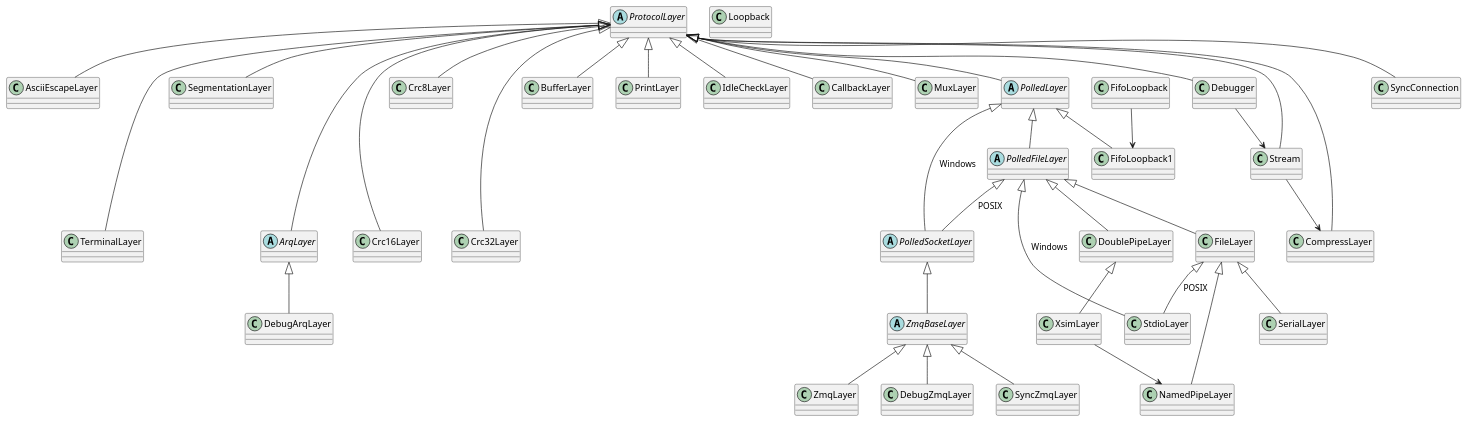
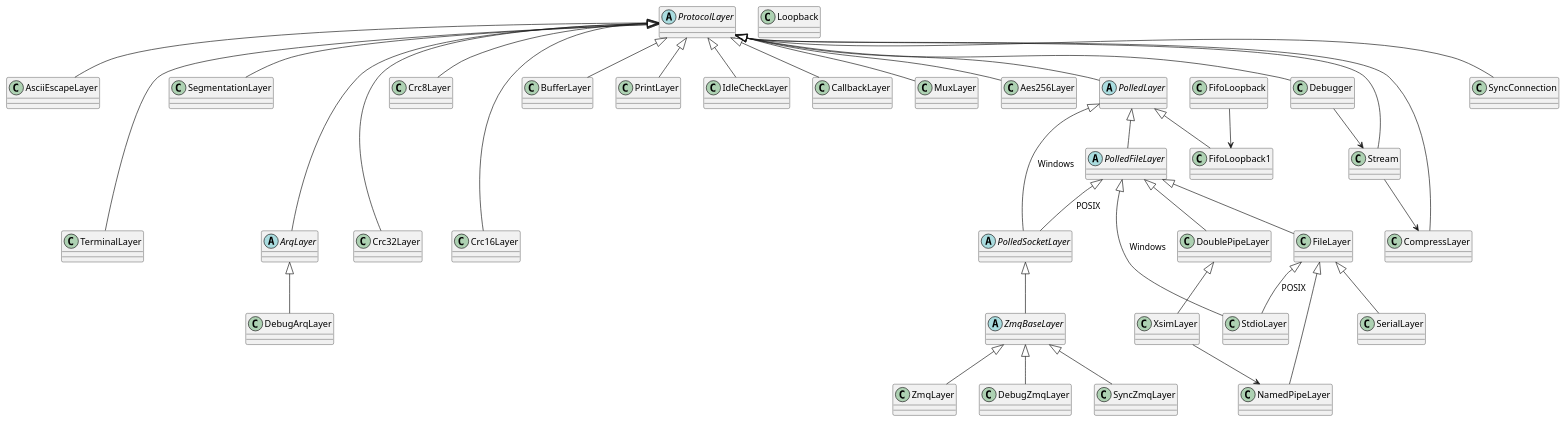
One commit to DEMCON/libstored changed the diagram in sphinx/doc/cpp_protocol.rst. Above: the diagram before and after it, drawn with PlantUML. The commit also changed other lines of this file and 17 other files, not shown here.

```diff
--- a/sphinx/doc/cpp_protocol.rst
+++ b/sphinx/doc/cpp_protocol.rst
@@ -80,55 +80,56 @@
 .. uml::
 
    abstract ProtocolLayer
    ProtocolLayer <|-- AsciiEscapeLayer
    ProtocolLayer <|-- TerminalLayer
    AsciiEscapeLayer -[hidden]--> TerminalLayer
    ProtocolLayer <|-- SegmentationLayer
    ProtocolLayer <|-- Crc8Layer
    ProtocolLayer <|-- Crc16Layer
    ProtocolLayer <|-- Crc32Layer
    Crc8Layer -[hidden]--> Crc16Layer
    Crc8Layer -[hidden]--> Crc32Layer
    ProtocolLayer <|-- BufferLayer
    ProtocolLayer <|-- PrintLayer
    ProtocolLayer <|-- IdleCheckLayer
    ProtocolLayer <|-- CallbackLayer
    ProtocolLayer <|-- MuxLayer
+   ProtocolLayer <|-- Aes256Layer
 
    abstract ArqLayer
    SegmentationLayer -[hidden]--> ArqLayer
    ProtocolLayer <|-- ArqLayer
    ArqLayer <|-- DebugArqLayer
 
    abstract PolledLayer
    abstract PolledFileLayer
    abstract PolledSocketLayer
    ProtocolLayer <|-- PolledLayer
    PolledLayer <|-- PolledFileLayer
    PolledFileLayer <|-- FileLayer
    FileLayer <|-- NamedPipeLayer
    PolledFileLayer <|-- DoublePipeLayer
    DoublePipeLayer <|-- XsimLayer
    XsimLayer --> NamedPipeLayer
    PolledLayer <|-- PolledSocketLayer : Windows
    PolledFileLayer <|-- PolledSocketLayer : POSIX
    PolledFileLayer <|-- StdioLayer : Windows
    FileLayer <|-- StdioLayer : POSIX
    ProtocolLayer <|-- CompressLayer
    PolledLayer <|-- FifoLoopback1
    FileLayer <|-- SerialLayer
 
    ProtocolLayer <|-- Stream
    Debugger --> Stream
    Stream --> CompressLayer
    ProtocolLayer <|-- Debugger
    ProtocolLayer <|-- SyncConnection
 
    abstract ZmqBaseLayer
    PolledSocketLayer <|-- ZmqBaseLayer
    ZmqBaseLayer <|-- DebugZmqLayer
    ZmqBaseLayer <|-- SyncZmqLayer
    ZmqBaseLayer <|-- ZmqLayer
 
    class Loopback
    FifoLoopback --> FifoLoopback1
```
